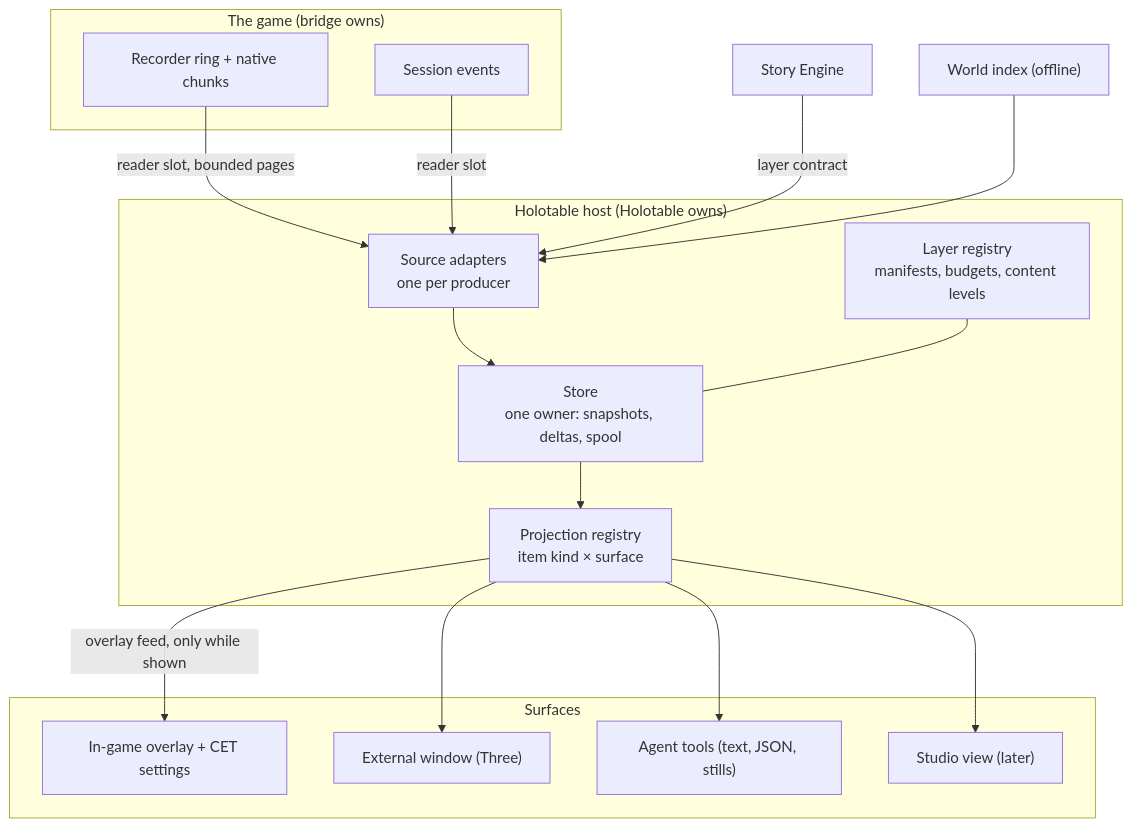
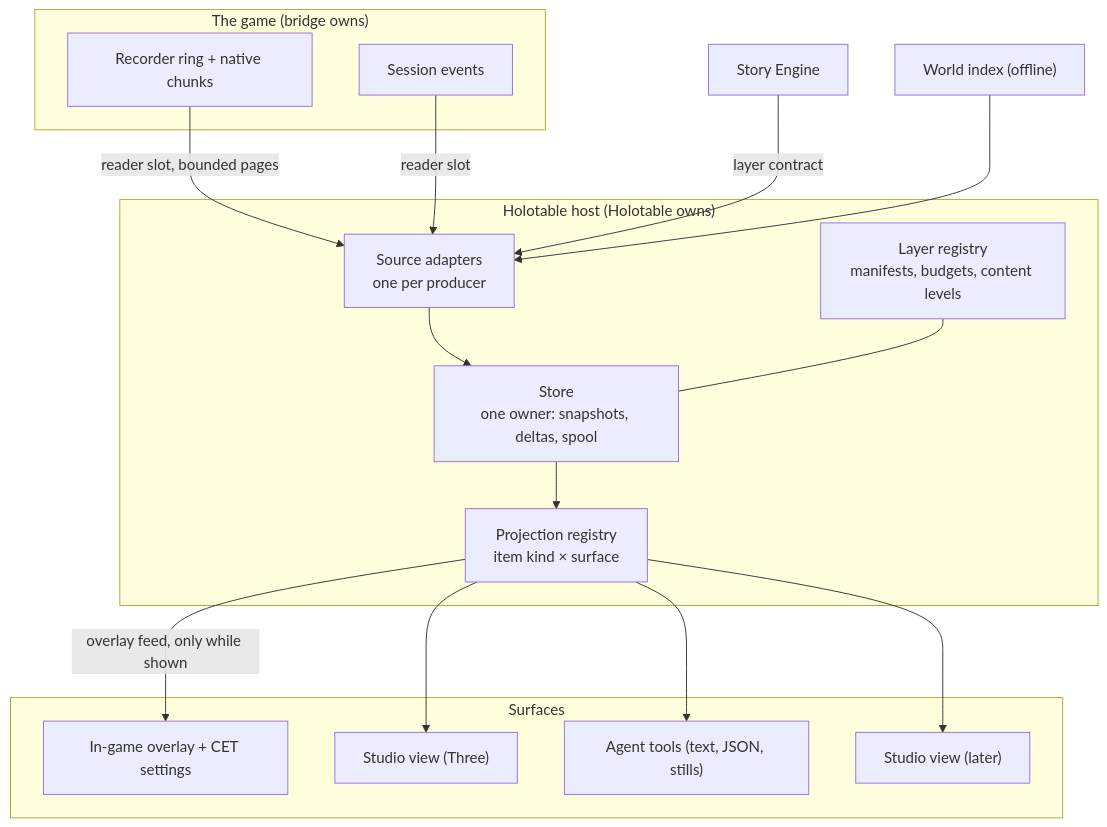
Before and after one commit to axefrog/xf-studio: the second of 2 diagrams in research/live-world-view/proposal.md, drawn with Mermaid. The commit also changed other lines of this file and 2 other files, not shown here.

Commit message:
Holotable proposal: the external view becomes an early-access XF Studio module behind a flag, with the data side headless

````diff
--- a/research/live-world-view/proposal.md
+++ b/research/live-world-view/proposal.md
@@ -78,30 +78,30 @@
 ```mermaid
 flowchart TB
   subgraph Game["The game (bridge owns)"]
     REC["Recorder ring + native chunks"]
     EV["Session events"]
   end
   subgraph Host["Holotable host (Holotable owns)"]
     AD["Source adapters<br/>one per producer"]
     ST["Store<br/>one owner: snapshots, deltas, spool"]
     LC["Layer registry<br/>manifests, budgets, content levels"]
     PR["Projection registry<br/>item kind × surface"]
   end
   subgraph Surfaces
     IG["In-game overlay + CET settings"]
-    V3["External window (Three)"]
+    V3["Studio view (Three)"]
     MCP["Agent tools (text, JSON, stills)"]
     SV["Studio view (later)"]
   end
   REC -->|"reader slot, bounded pages"| AD
   EV -->|"reader slot"| AD
   SE["Story Engine"] -->|"layer contract"| AD
   WD["World index (offline)"] --> AD
   AD --> ST
   LC --- ST
   ST --> PR
   PR --> V3
   PR --> MCP
   PR -->|"overlay feed, only while shown"| IG
   PR --> SV
 ```
````
